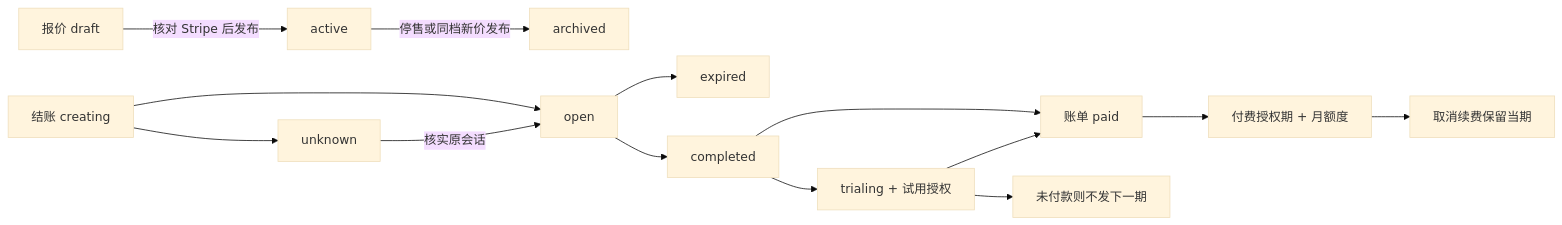
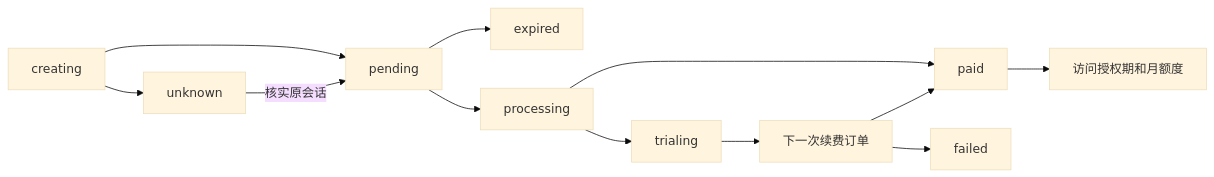
One commit to Wy2926/node-comics changed the diagram in docs/STRIPE_BILLING.md. Above: the diagram before and after it, drawn with Mermaid (base theme). The commit also changed other lines of this file and 98 other files, not shown here.

````diff
--- a/docs/STRIPE_BILLING.md
+++ b/docs/STRIPE_BILLING.md
@@ -36,16 +45,14 @@
 ```mermaid
 flowchart LR
-  D[报价 draft] -->|核对 Stripe 后发布| A[active]
-  A -->|停售或同档新价发布| R[archived]
-  C[结账 creating] --> O[open]
+  C[creating] --> P[pending]
   C --> U[unknown]
-  U -->|核实原会话| O
-  O --> E[expired]
-  O --> F[completed]
-  F --> T[trialing + 试用授权]
-  F --> P[账单 paid]
-  T --> P
-  P --> G[付费授权期 + 月额度]
-  G --> K[取消续费保留当期]
-  T --> X[未付款则不发下一期]
+  U -->|核实原会话| P
+  P --> E[expired]
+  P --> R[processing]
+  R --> T[trialing]
+  R --> A[paid]
+  T --> N[下一次续费订单]
+  N --> A
+  N --> F[failed]
+  A --> G[访问授权期和月额度]
 ```
````
